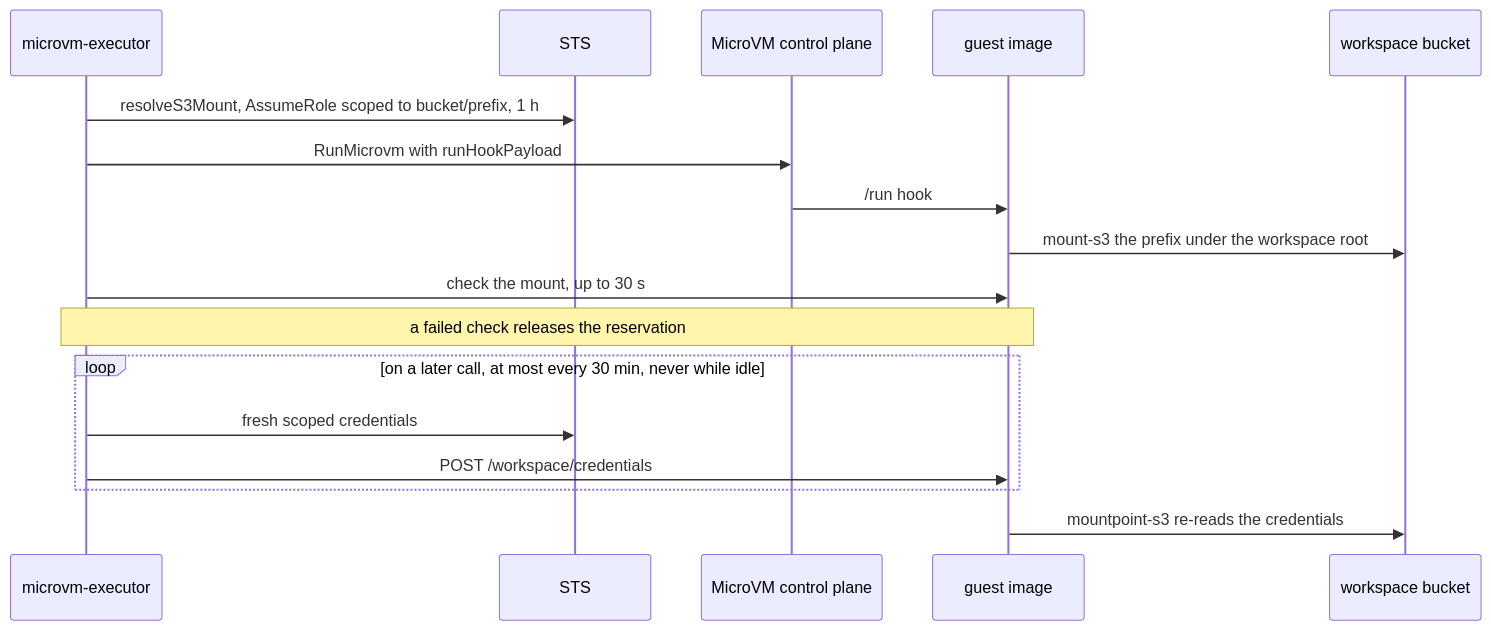
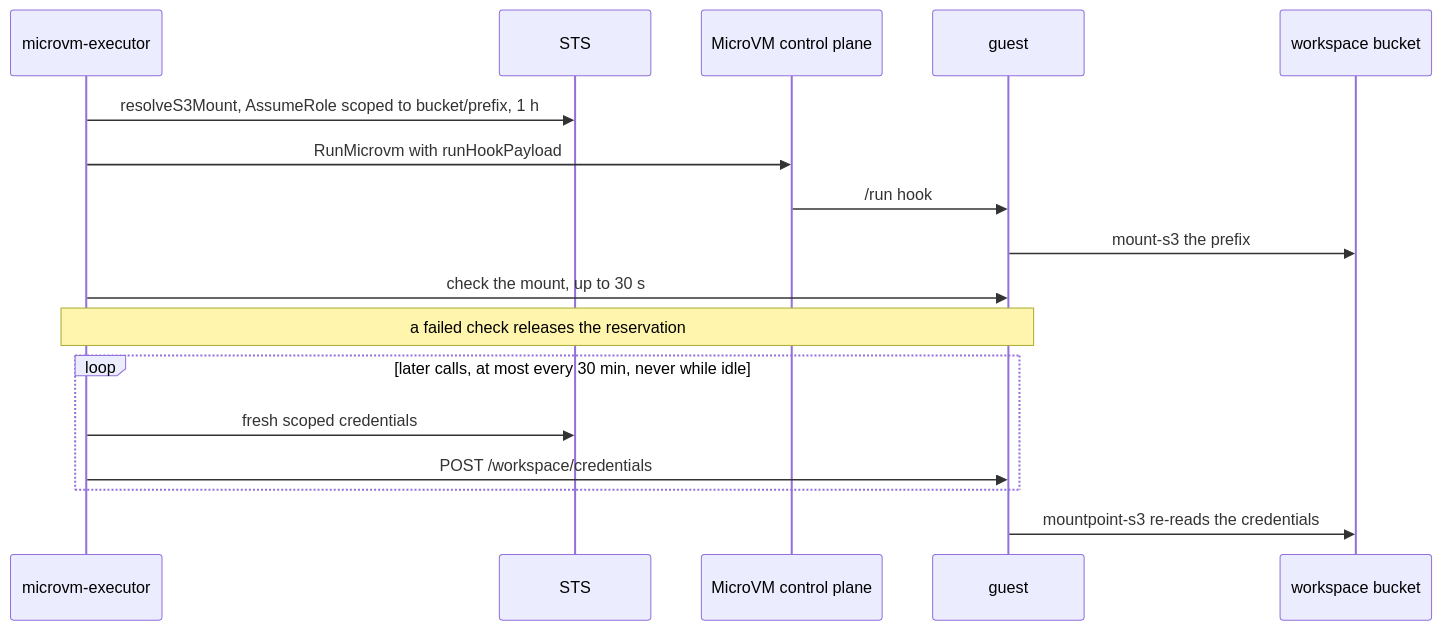
Before and after one commit to beeblastco/broods: diagram 14 of 21 in apps/docs/docs/internals/sandboxes.md, drawn with Mermaid. The commit also changed other lines of this file and 22 other files, not shown here.

First line of the commit message:
docs: fold the Cloudflare pages into their sections, rewrite internals diagram-first (#1010)

````diff
--- a/apps/docs/docs/internals/sandboxes.md
+++ b/apps/docs/docs/internals/sandboxes.md
@@ -118,20 +369,20 @@
 ```mermaid
 sequenceDiagram
   participant E as microvm-executor
   participant STS as STS
   participant CP as MicroVM control plane
-  participant VM as guest image
+  participant VM as guest
   participant S3 as workspace bucket
 
   E->>STS: resolveS3Mount, AssumeRole scoped to bucket/prefix, 1 h
   E->>CP: RunMicrovm with runHookPayload
   CP->>VM: /run hook
-  VM->>S3: mount-s3 the prefix under the workspace root
+  VM->>S3: mount-s3 the prefix
   E->>VM: check the mount, up to 30 s
   Note over E,VM: a failed check releases the reservation
-  loop on a later call, at most every 30 min, never while idle
+  loop later calls, at most every 30 min, never while idle
     E->>STS: fresh scoped credentials
     E->>VM: POST /workspace/credentials
   end
   VM->>S3: mountpoint-s3 re-reads the credentials
 ```
````
